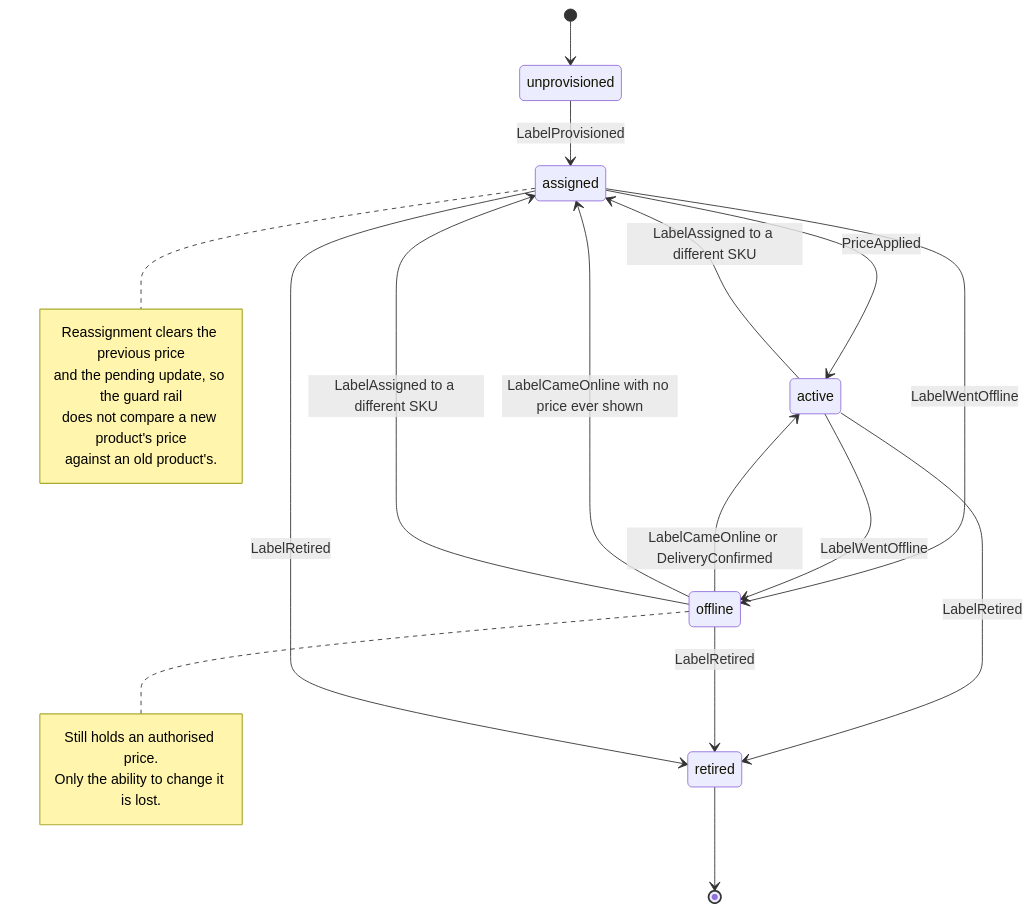
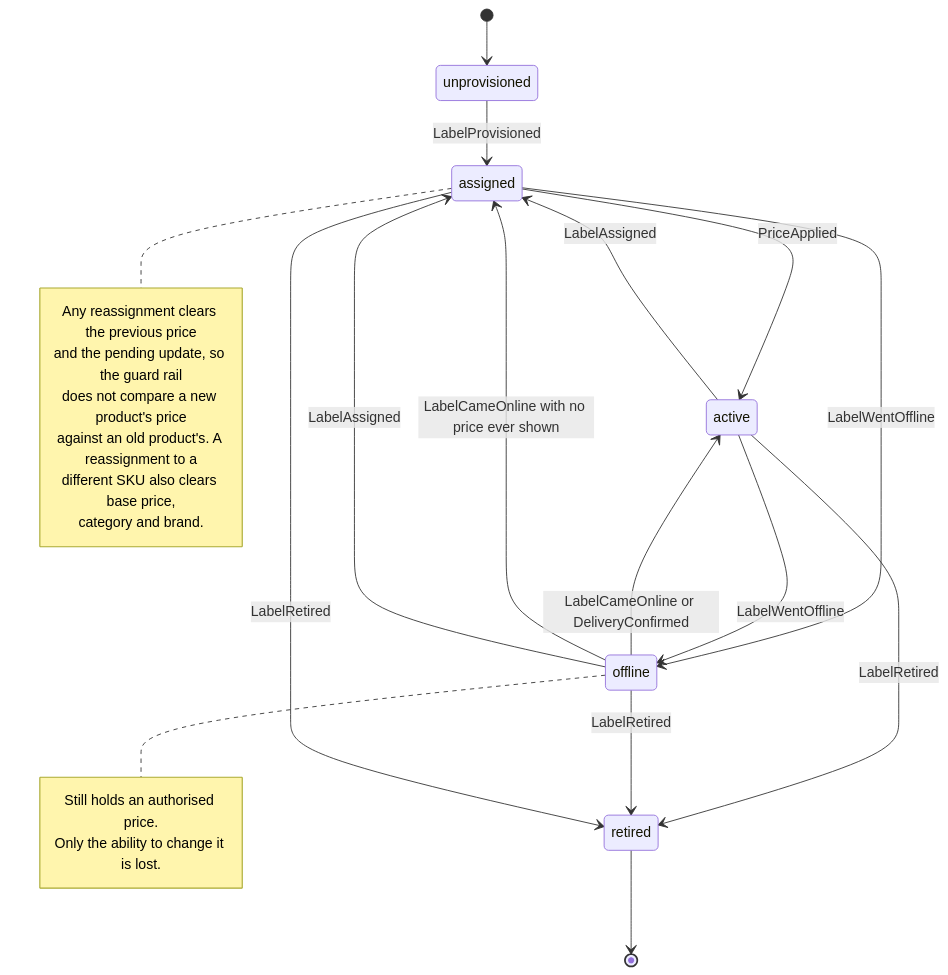
One commit to udaykishore-resu/usslp-platform changed the sixth of 9 diagrams in docs/architecture/06-data-architecture.md. Above: the diagram before and after it, drawn with Mermaid. The commit also changed other lines of this file and 16 other files, not shown here.

First line of the commit message:
docs: add a diagram index, and audit every diagram against the code

````diff
--- a/docs/architecture/06-data-architecture.md
+++ b/docs/architecture/06-data-architecture.md
@@ -617,27 +624,29 @@
 ```mermaid
 stateDiagram-v2
     [*] --> unprovisioned
     unprovisioned --> assigned : LabelProvisioned
     assigned --> active : PriceApplied
     assigned --> offline : LabelWentOffline
     active --> offline : LabelWentOffline
     offline --> active : LabelCameOnline or DeliveryConfirmed
     offline --> assigned : LabelCameOnline with no price ever shown
-    active --> assigned : LabelAssigned to a different SKU
-    offline --> assigned : LabelAssigned to a different SKU
+    active --> assigned : LabelAssigned
+    offline --> assigned : LabelAssigned
     active --> retired : LabelRetired
     offline --> retired : LabelRetired
     assigned --> retired : LabelRetired
     retired --> [*]
 
     note right of offline
         Still holds an authorised price.
         Only the ability to change it is lost.
     end note
     note right of assigned
-        Reassignment clears the previous price
+        Any reassignment clears the previous price
         and the pending update, so the guard rail
         does not compare a new product's price
-        against an old product's.
+        against an old product's. A reassignment to a
+        different SKU also clears base price,
+        category and brand.
     end note
 ```
````
